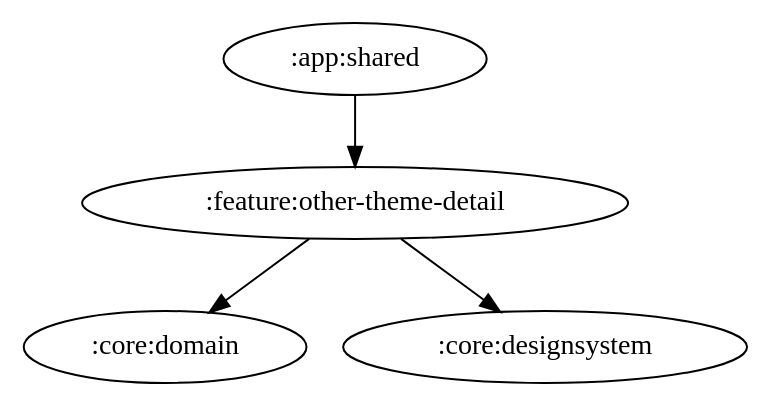
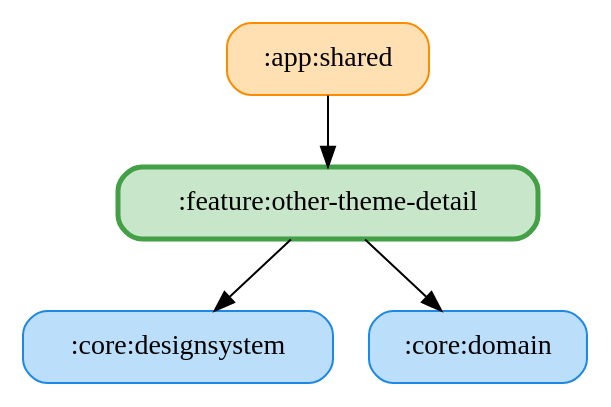
Before and after one commit to ai-kurou/KoDriver: the diagram in docs/graphs/feature-other-theme-detail.gv, drawn with Graphviz. The commit also changed 97 other files, not shown here.

Commit message:
chore: update module graph images

```diff
--- a/docs/graphs/feature-other-theme-detail.gv
+++ b/docs/graphs/feature-other-theme-detail.gv
@@ -1,6 +1,11 @@
 digraph G {
   rankdir=TB
+  node [shape=box, style="rounded,filled"]
+  ":app:shared" [fillcolor="#FFE0B2", color="#FB8C00", penwidth=1]
+  ":core:designsystem" [fillcolor="#BBDEFB", color="#1E88E5", penwidth=1]
+  ":core:domain" [fillcolor="#BBDEFB", color="#1E88E5", penwidth=1]
+  ":feature:other-theme-detail" [fillcolor="#C8E6C9", color="#43A047", penwidth=2.5]
   ":app:shared" -> ":feature:other-theme-detail"
   ":feature:other-theme-detail" -> ":core:domain"
   ":feature:other-theme-detail" -> ":core:designsystem"
 }
```
